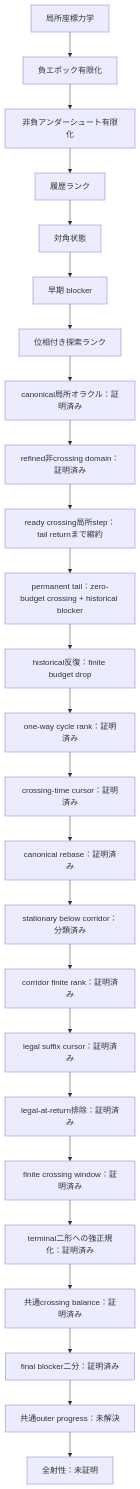
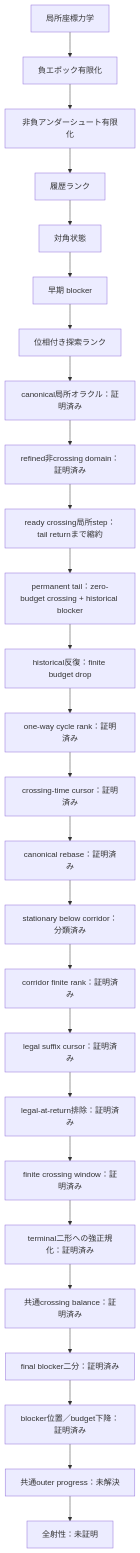
The diagram in README.md (hirokidaichi/recaman-lean-research), drawn with Mermaid before and after one commit. The commit also changed other lines of this file and 11 other files, not shown here.

````diff
--- a/README.md
+++ b/README.md
@@ -134,27 +137,28 @@
 ```mermaid
 flowchart TD
     A["局所座標力学"] --> B["負エポック有限化"]
     B --> C["非負アンダーシュート有限化"]
     C --> D["履歴ランク"]
     D --> E["対角状態"]
     E --> F["早期 blocker"]
     F --> G["位相付き探索ランク"]
     G --> H["canonical局所オラクル：証明済み"]
     H --> I["refined非crossing domain：証明済み"]
     I --> J["ready crossing局所step：tail returnまで縮約"]
     J --> K["permanent tail：zero-budget crossing + historical blocker"]
     K --> L["historical反復：finite budget drop"]
     L --> M["one-way cycle rank：証明済み"]
     M --> N["crossing-time cursor：証明済み"]
     N --> O["canonical rebase：証明済み"]
     O --> P["stationary below corridor：分類済み"]
     P --> Q["corridor finite rank：証明済み"]
     Q --> R["legal suffix cursor：証明済み"]
     R --> S["legal-at-return排除：証明済み"]
     S --> T["finite crossing window：証明済み"]
     T --> U["terminal二形への強正規化：証明済み"]
     U --> V["共通crossing balance：証明済み"]
     V --> W["final blocker二分：証明済み"]
-    W --> X["共通outer progress：未解決"]
-    X --> Y["全射性：未証明"]
+    W --> X["blocker位置／budget下降：証明済み"]
+    X --> Y["共通outer progress：未解決"]
+    Y --> Z["全射性：未証明"]
 ```
````
